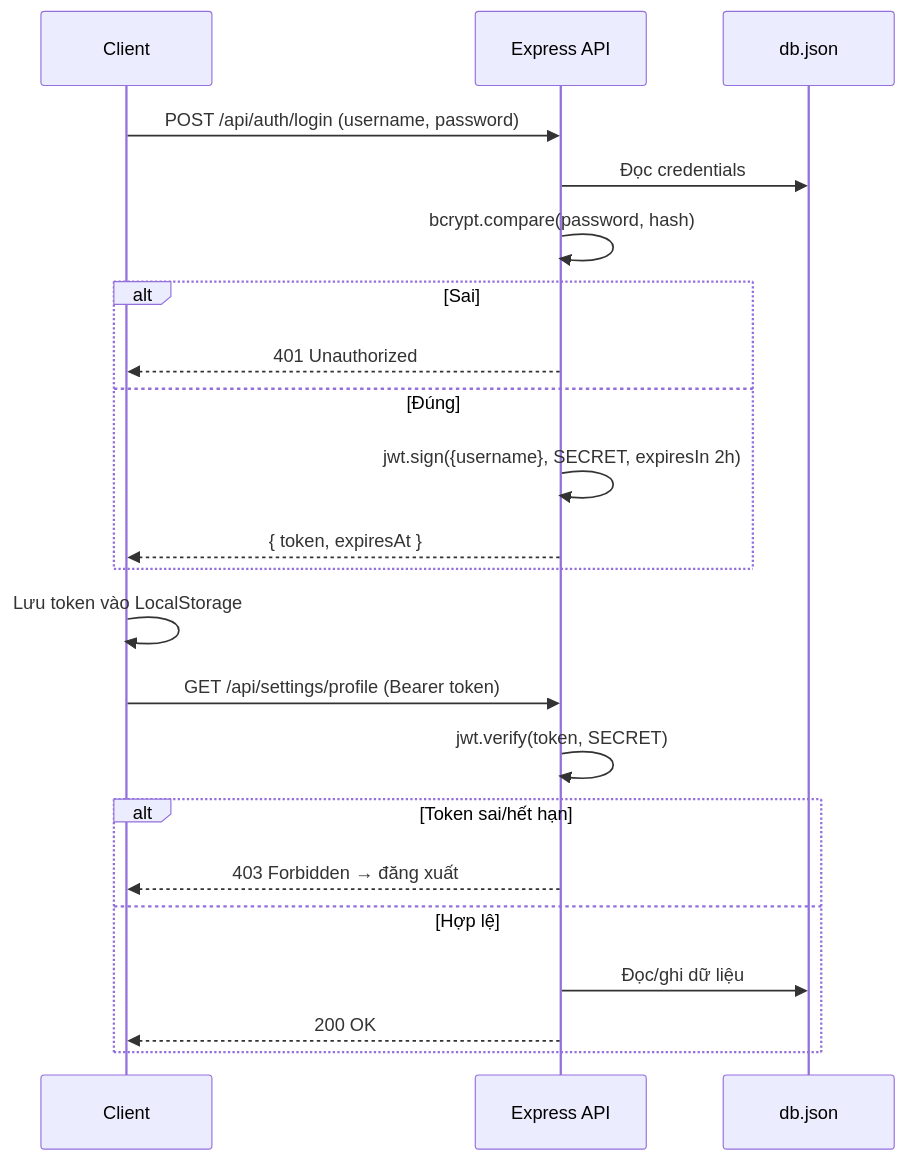
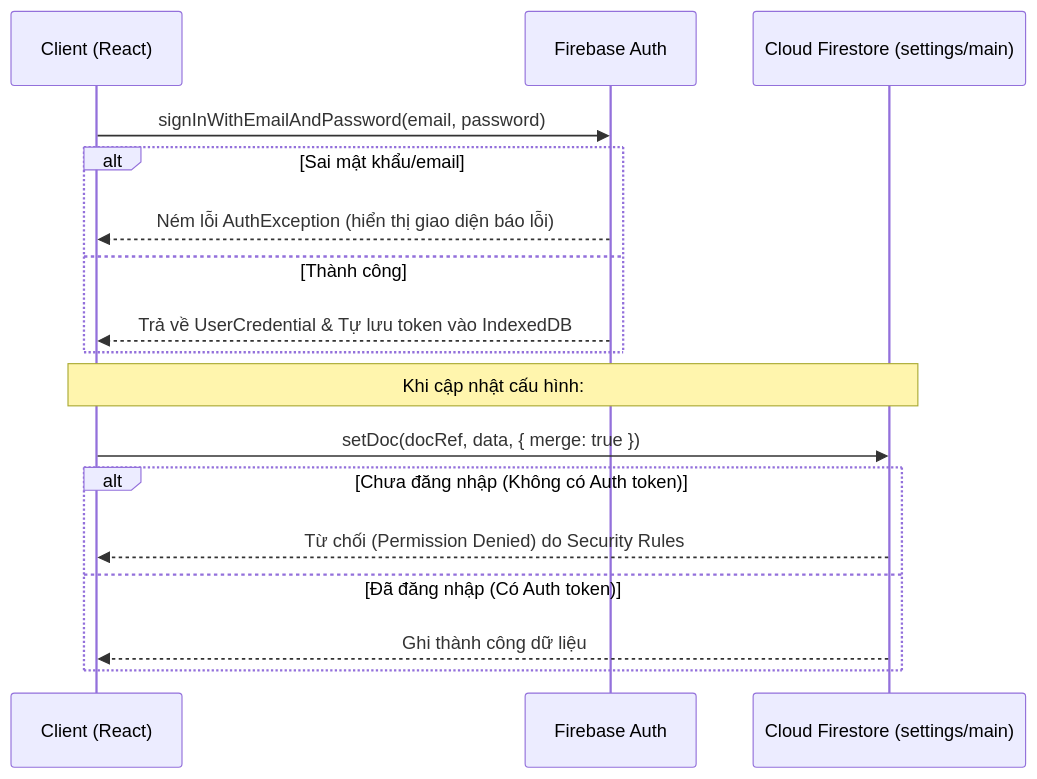
The diagram in wiki/03-dev-rules.md (LamNguyen-2002/Portfolio), drawn with Mermaid before and after one commit. The commit also changed other lines of this file and 5 other files, not shown here.

````diff
--- a/wiki/03-dev-rules.md
+++ b/wiki/03-dev-rules.md
@@ -82,25 +70,20 @@
 ```mermaid
 sequenceDiagram
-    participant User as Client
-    participant API as Express API
-    participant DB as db.json
+    participant User as Client (React)
+    participant Auth as Firebase Auth
+    participant DB as Cloud Firestore (settings/main)
 
-    User->>API: POST /api/auth/login (username, password)
-    API->>DB: Đọc credentials
-    API->>API: bcrypt.compare(password, hash)
-    alt Sai
-        API-->>User: 401 Unauthorized
-    else Đúng
-        API->>API: jwt.sign({username}, SECRET, expiresIn 2h)
-        API-->>User: { token, expiresAt }
+    User->>Auth: signInWithEmailAndPassword(email, password)
+    alt Sai mật khẩu/email
+        Auth-->>User: Ném lỗi AuthException (hiển thị giao diện báo lỗi)
+    else Thành công
+        Auth-->>User: Trả về UserCredential & Tự lưu token vào IndexedDB
     end
-    User->>User: Lưu token vào LocalStorage
-    User->>API: GET /api/settings/profile (Bearer token)
-    API->>API: jwt.verify(token, SECRET)
-    alt Token sai/hết hạn
-        API-->>User: 403 Forbidden → đăng xuất
-    else Hợp lệ
-        API->>DB: Đọc/ghi dữ liệu
-        API-->>User: 200 OK
+    Note over User, DB: Khi cập nhật cấu hình:
+    User->>DB: setDoc(docRef, data, { merge: true })
+    alt Chưa đăng nhập (Không có Auth token)
+        DB-->>User: Từ chối (Permission Denied) do Security Rules
+    else Đã đăng nhập (Có Auth token)
+        DB-->>User: Ghi thành công dữ liệu
     end
 ```
````
